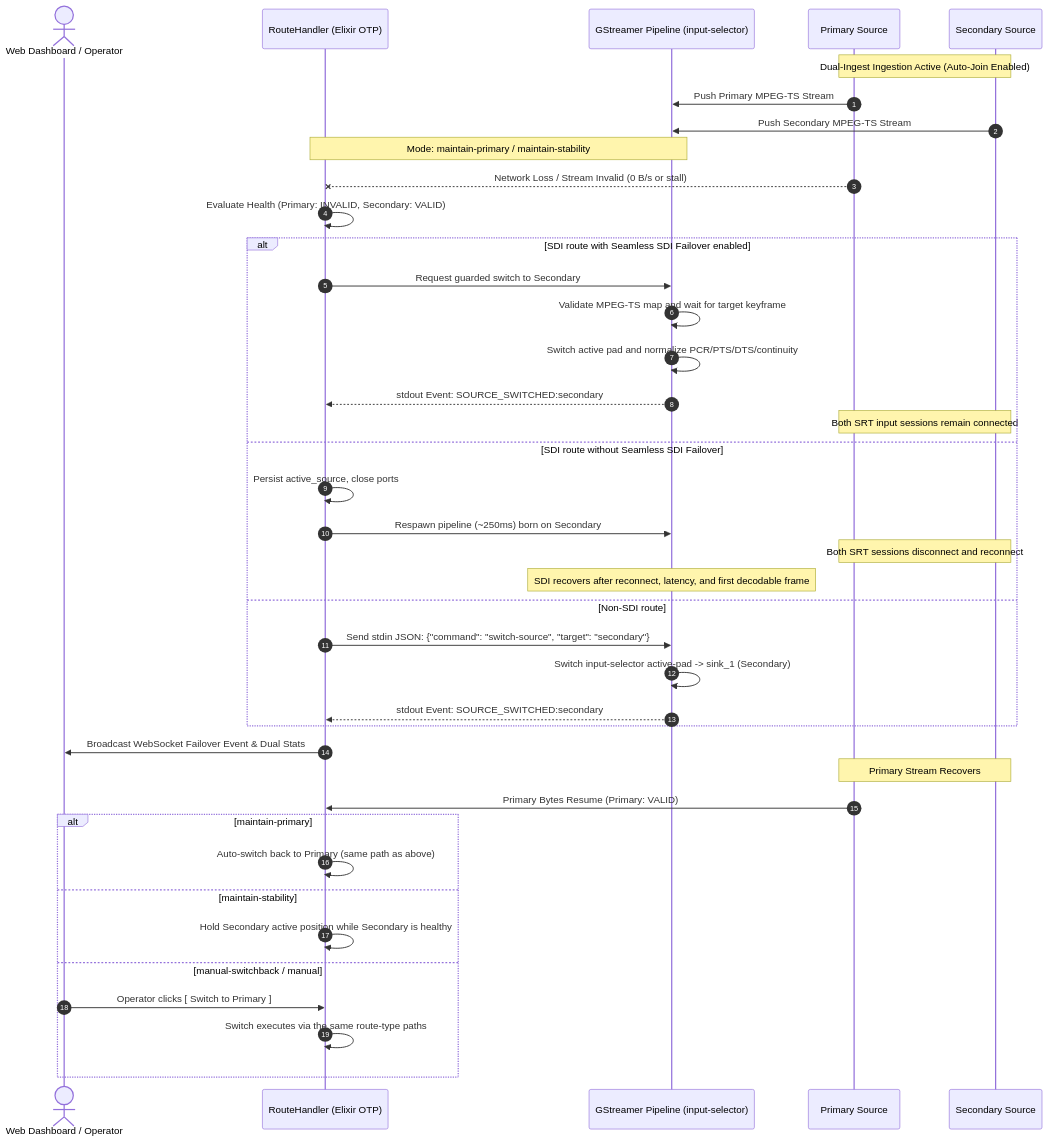
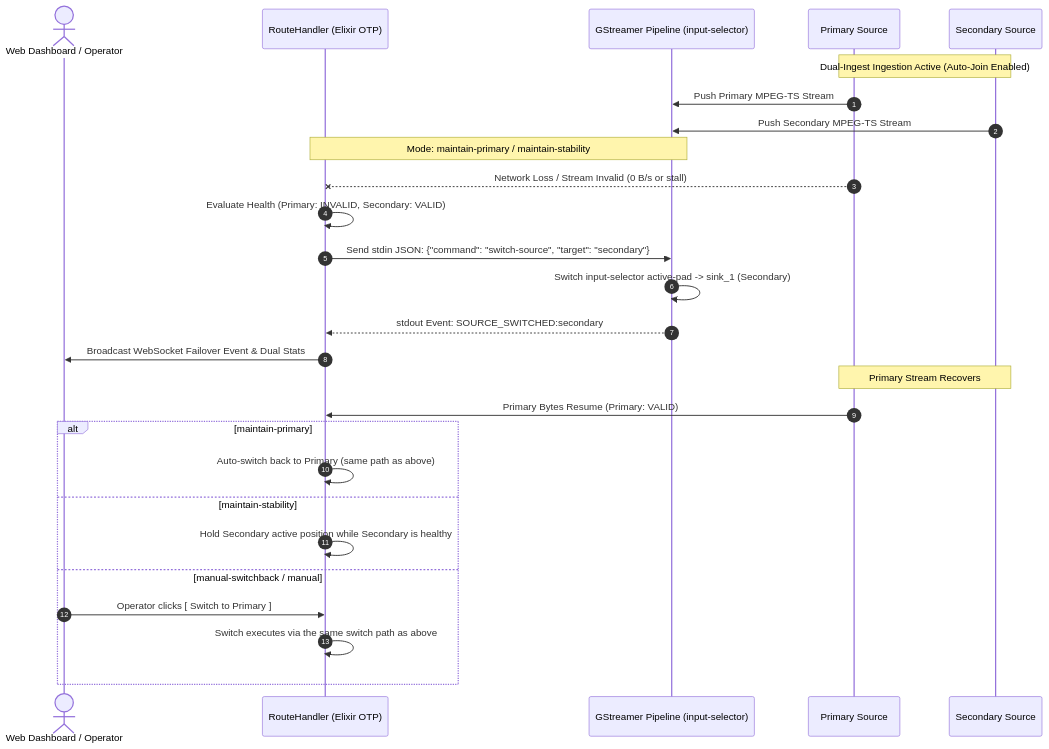
The fourth of 4 diagrams in README.md (visual-alchemy/blackgate-project), drawn with Mermaid before and after one commit. The commit also changed other lines of this file and 72 other files, not shown here.

````diff
--- a/README.md
+++ b/README.md
@@ -293,46 +268,33 @@
 ```mermaid
 sequenceDiagram
     autonumber
     actor Op as Web Dashboard / Operator
     participant RH as RouteHandler (Elixir OTP)
     participant C as GStreamer Pipeline (input-selector)
     participant PS as Primary Source
     participant SS as Secondary Source
 
     Note over PS, SS: Dual-Ingest Ingestion Active (Auto-Join Enabled)
     PS->>C: Push Primary MPEG-TS Stream
     SS->>C: Push Secondary MPEG-TS Stream
 
     Note over RH, C: Mode: maintain-primary / maintain-stability
     PS--xRH: Network Loss / Stream Invalid (0 B/s or stall)
     RH->>RH: Evaluate Health (Primary: INVALID, Secondary: VALID)
 
-    alt SDI route with Seamless SDI Failover enabled
-        RH->>C: Request guarded switch to Secondary
-        C->>C: Validate MPEG-TS map and wait for target keyframe
-        C->>C: Switch active pad and normalize PCR/PTS/DTS/continuity
-        C-->>RH: stdout Event: SOURCE_SWITCHED:secondary
-        Note over PS, SS: Both SRT input sessions remain connected
-    else SDI route without Seamless SDI Failover
-        RH->>RH: Persist active_source, close ports
-        RH->>C: Respawn pipeline (~250ms) born on Secondary
-        Note over PS, SS: Both SRT sessions disconnect and reconnect
-        Note over C: SDI recovers after reconnect, latency, and first decodable frame
-    else Non-SDI route
-        RH->>C: Send stdin JSON: {"command": "switch-source", "target": "secondary"}
-        C->>C: Switch input-selector active-pad -> sink_1 (Secondary)
-        C-->>RH: stdout Event: SOURCE_SWITCHED:secondary
-    end
+    RH->>C: Send stdin JSON: {"command": "switch-source", "target": "secondary"}
+    C->>C: Switch input-selector active-pad -> sink_1 (Secondary)
+    C-->>RH: stdout Event: SOURCE_SWITCHED:secondary
     RH->>Op: Broadcast WebSocket Failover Event & Dual Stats
 
     Note over PS, SS: Primary Stream Recovers
     PS->>RH: Primary Bytes Resume (Primary: VALID)
     alt maintain-primary
         RH->>RH: Auto-switch back to Primary (same path as above)
     else maintain-stability
         RH->>RH: Hold Secondary active position while Secondary is healthy
     else manual-switchback / manual
         Op->>RH: Operator clicks [ Switch to Primary ]
-        RH->>RH: Switch executes via the same route-type paths
+        RH->>RH: Switch executes via the same switch path as above
     end
 ```
````
